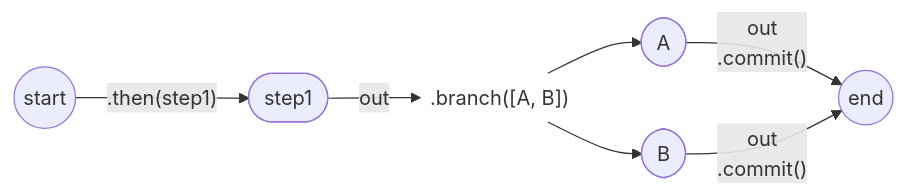
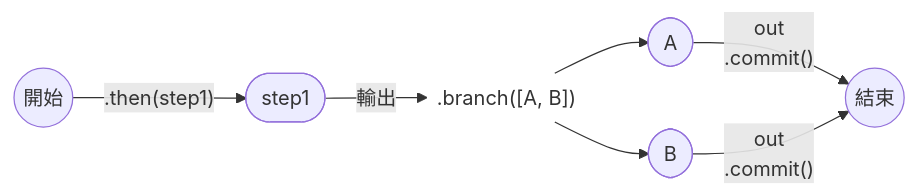
The third of 7 diagrams in i18n/zh-HK/docusaurus-plugin-content-docs/current/workflows/control-flow.mdx (youngjunning/mastra.youngjunning.com), drawn with Mermaid before and after one commit. The commit also changed other lines of this file and 3073 other files, not shown here.

````diff
--- a/i18n/zh-HK/docusaurus-plugin-content-docs/current/workflows/control-flow.mdx
+++ b/i18n/zh-HK/docusaurus-plugin-content-docs/current/workflows/control-flow.mdx
@@ -257,14 +257,14 @@
 ```mermaid
 flowchart LR
-  accTitle: Choosing workflow steps with conditional branching
-  accDescr: The workflow runs step1, then runs every branch whose condition is true before committing and ending.
+  accTitle: 透過條件分支選擇 Workflow 步驟
+  accDescr: Workflow 先執行 step1，再執行所有條件成立的分支，最後提交並結束。
 
-  start(( start )) -- ".then(step1)" --> step1([step1])
-  step1 -- out --> branchCall@{ shape: text, label: ".branch([A, B])" }
+  start(( 開始 )) -- ".then(step1)" --> step1([step1])
+  step1 -- 輸出 --> branchCall@{ shape: text, label: ".branch([A, B])" }
   branchCall --> stepA([A])
   branchCall --> stepB([B])
-  stepA accent2@-- "out<br/>.commit()" --> stop(( end ))
-  stepB accent2@-- "out<br/>.commit()" --> stop(( end ))
+  stepA accent2@-- "out<br/>.commit()" --> stop(( 結束 ))
+  stepB accent2@-- "out<br/>.commit()" --> stop(( 結束 ))
 
   class stepA,stepB,stop accent
 ```
````
